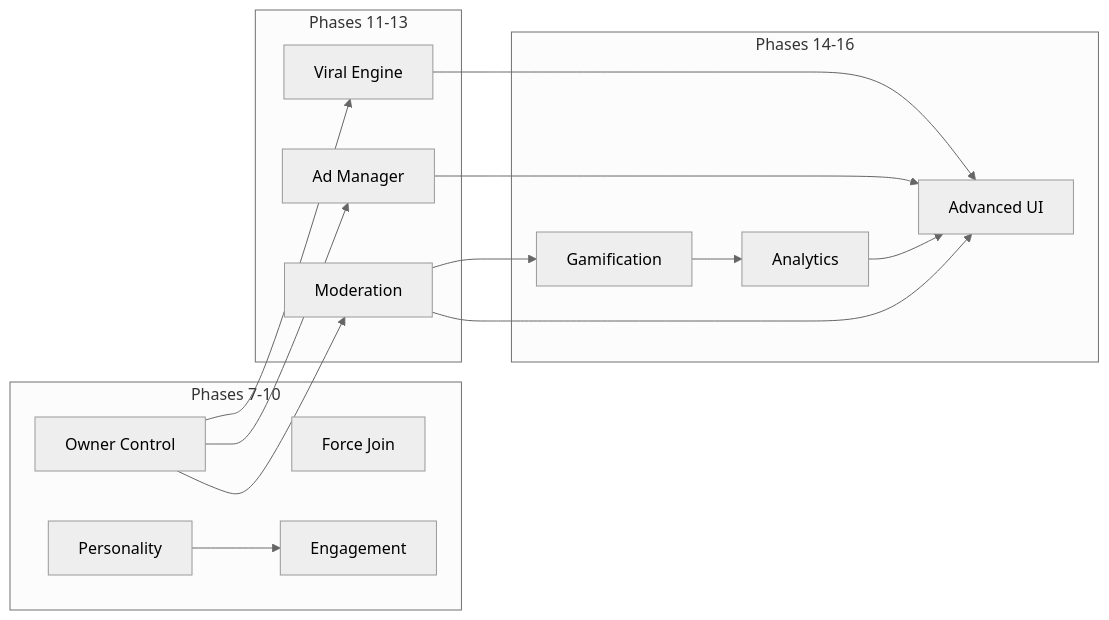
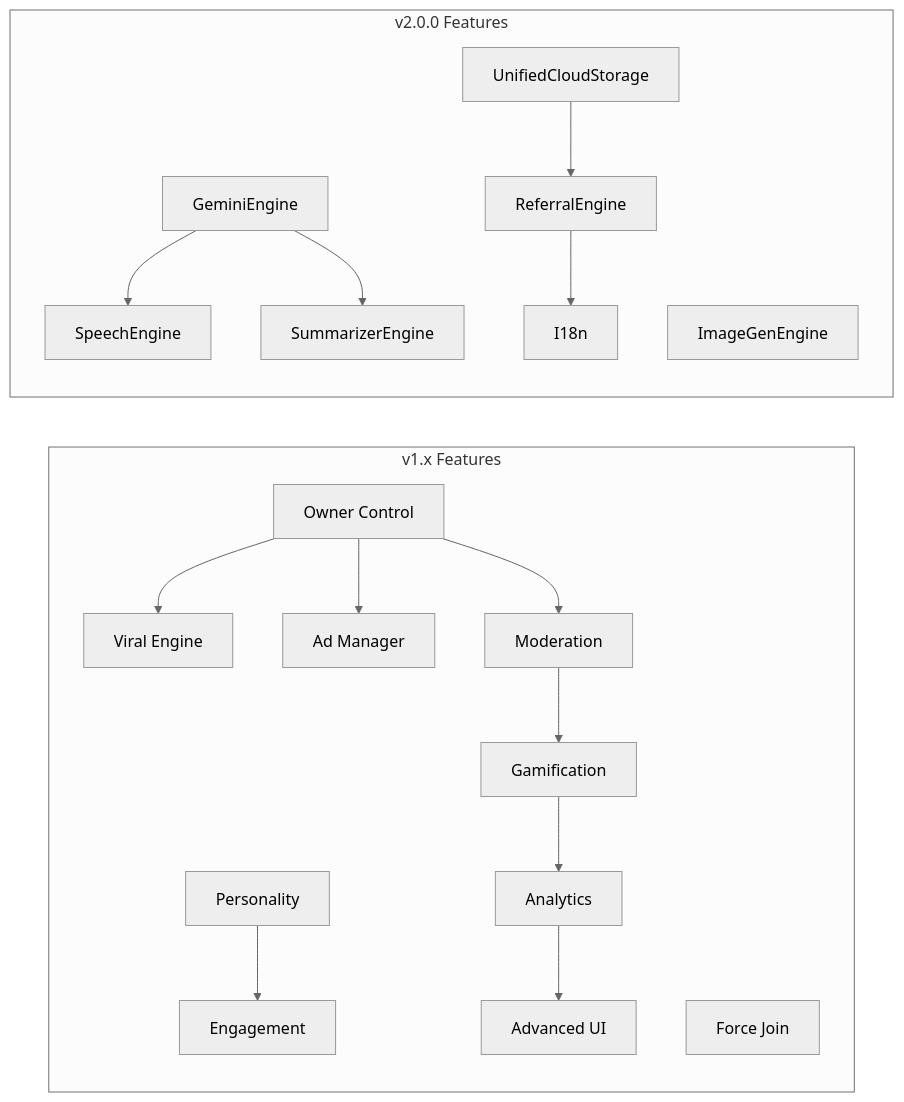
The fifth of 6 diagrams in docs/architecture.md (bot523h/nexus-ai-agent), drawn with Mermaid (neutral theme) before and after one commit. The commit also changed other lines of this file and 3 other files, not shown here.

First line of the commit message:
docs: update CHANGELOG, README, and architecture.md for v2.0.0

````diff
--- a/docs/architecture.md
+++ b/docs/architecture.md
@@ -103,32 +211,38 @@
 ```mermaid
 graph LR
-    subgraph Phase7_10["Phases 7-10"]
+    subgraph V1["v1.x Features"]
         OC[Owner Control]
         FJ[Force Join]
         PE[Personality]
         EE[Engagement]
-    end
-
-    subgraph Phase11_13["Phases 11-13"]
         VE[Viral Engine]
         AM[Ad Manager]
         ME[Moderation]
+        GE[Gamification]
+        AE[Analytics]
+        UI_v1[Advanced UI]
     end
 
-    subgraph Phase14_16["Phases 14-16"]
-        GE[Gamification]
-        AE[Analytics]
-        UI[Advanced UI]
+    subgraph V2["v2.0.0 Features"]
+        GEMINI[GeminiEngine]
+        IMG[ImageGenEngine]
+        SPCH[SpeechEngine]
+        SUM[SummarizerEngine]
+        UCS[UnifiedCloudStorage]
+        REF[ReferralEngine]
+        I18N[I18n]
     end
 
     OC --> VE
     OC --> AM
     OC --> ME
     PE --> EE
     ME --> GE
     GE --> AE
-    AE --> UI
-    VE --> UI
-    AM --> UI
-    ME --> UI
+    AE --> UI_v1
+
+    GEMINI --> SPCH
+    GEMINI --> SUM
+    REF --> I18N
+    UCS --> REF
 ```
````
